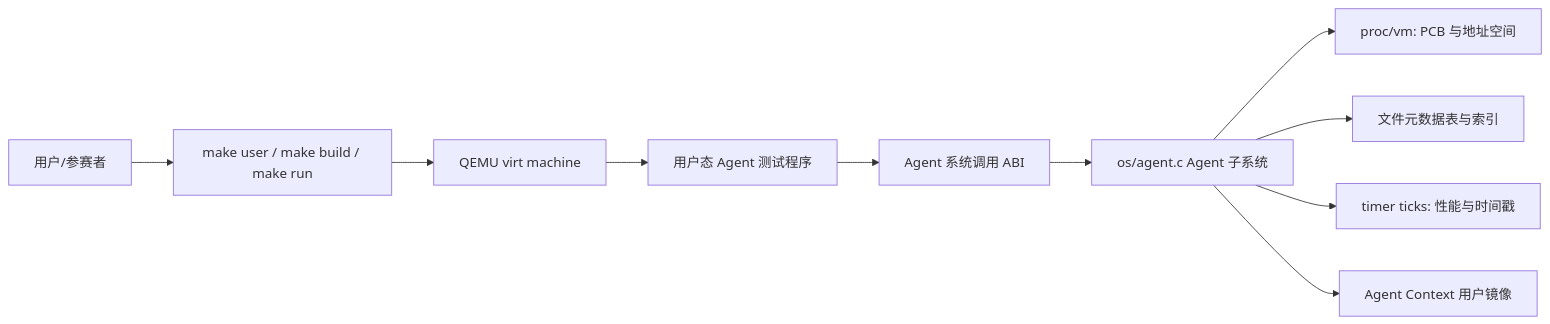
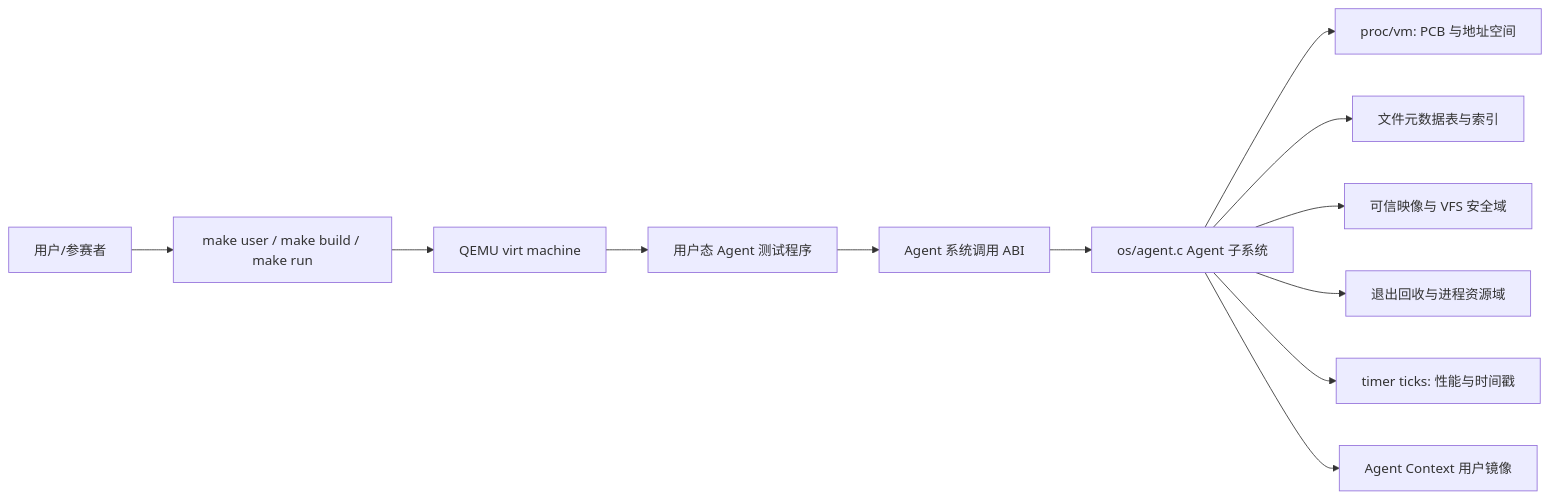
One commit to yushugulao/Agent-OS changed the first of 11 diagrams in docs/agentos/design.md. Above: the diagram before and after it, drawn with Mermaid. The commit also changed other lines of this file and 18 other files, not shown here.

````diff
--- a/docs/agentos/design.md
+++ b/docs/agentos/design.md
@@ -55,12 +55,14 @@
 ```mermaid
 flowchart LR
     User["用户/参赛者"] --> Build["make user / make build / make run"]
     Build --> QEMU["QEMU virt machine"]
     QEMU --> UserAgent["用户态 Agent 测试程序"]
     UserAgent --> Syscall["Agent 系统调用 ABI"]
     Syscall --> KernelAgent["os/agent.c Agent 子系统"]
     KernelAgent --> Proc["proc/vm: PCB 与地址空间"]
     KernelAgent --> FileMeta["文件元数据表与索引"]
+    KernelAgent --> Trust["可信映像与 VFS 安全域"]
+    KernelAgent --> Lifecycle["退出回收与进程资源域"]
     KernelAgent --> Clock["timer ticks: 性能与时间戳"]
     KernelAgent --> Context["Agent Context 用户镜像"]
 ```
````
